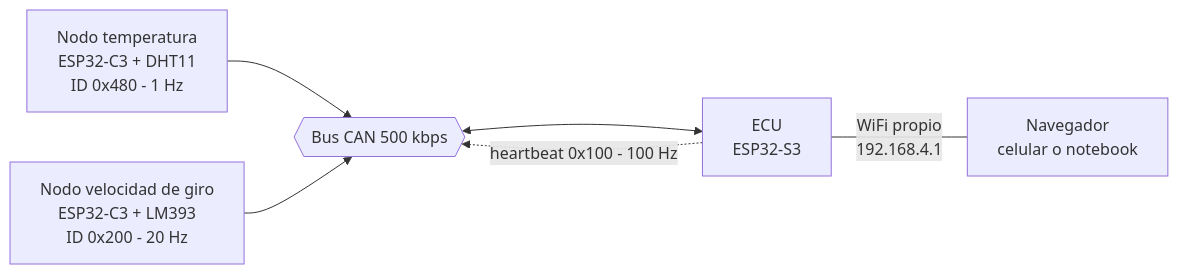
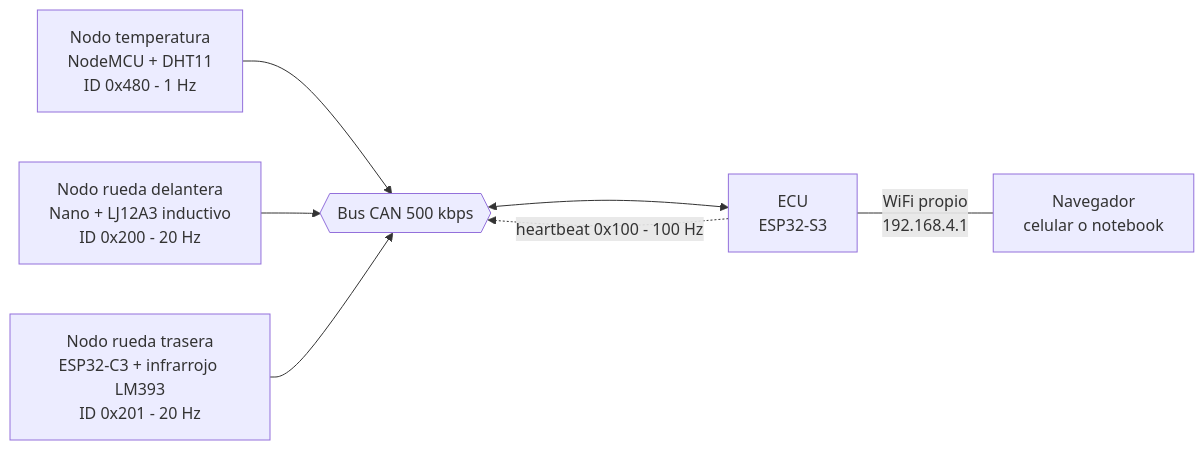
One commit to Pereyzaquer/Formuna-SAE-UTN-FRBA changed the first of 6 diagrams in Code/ECU/ARQUITECTURA.md. Above: the diagram before and after it, drawn with Mermaid. The commit also changed other lines of this file and 27 other files, not shown here.

````diff
--- a/Code/ECU/ARQUITECTURA.md
+++ b/Code/ECU/ARQUITECTURA.md
@@ -17,14 +17,16 @@
 ```mermaid
 flowchart LR
-    N1["Nodo temperatura<br/>ESP32-C3 + DHT11<br/>ID 0x480 - 1 Hz"]
-    N2["Nodo velocidad de giro<br/>ESP32-C3 + LM393<br/>ID 0x200 - 20 Hz"]
+    N1["Nodo temperatura<br/>NodeMCU + DHT11<br/>ID 0x480 - 1 Hz"]
+    N2["Nodo rueda delantera<br/>Nano + LJ12A3 inductivo<br/>ID 0x200 - 20 Hz"]
+    N3["Nodo rueda trasera<br/>ESP32-C3 + infrarrojo LM393<br/>ID 0x201 - 20 Hz"]
     BUS{{"Bus CAN 500 kbps"}}
     ECU["ECU<br/>ESP32-S3"]
     PC["Navegador<br/>celular o notebook"]
 
     N1 --> BUS
     N2 --> BUS
+    N3 --> BUS
     BUS <--> ECU
     ECU -. "heartbeat 0x100 - 100 Hz" .-> BUS
     ECU ---|"WiFi propio<br/>192.168.4.1"| PC
 ```
````
